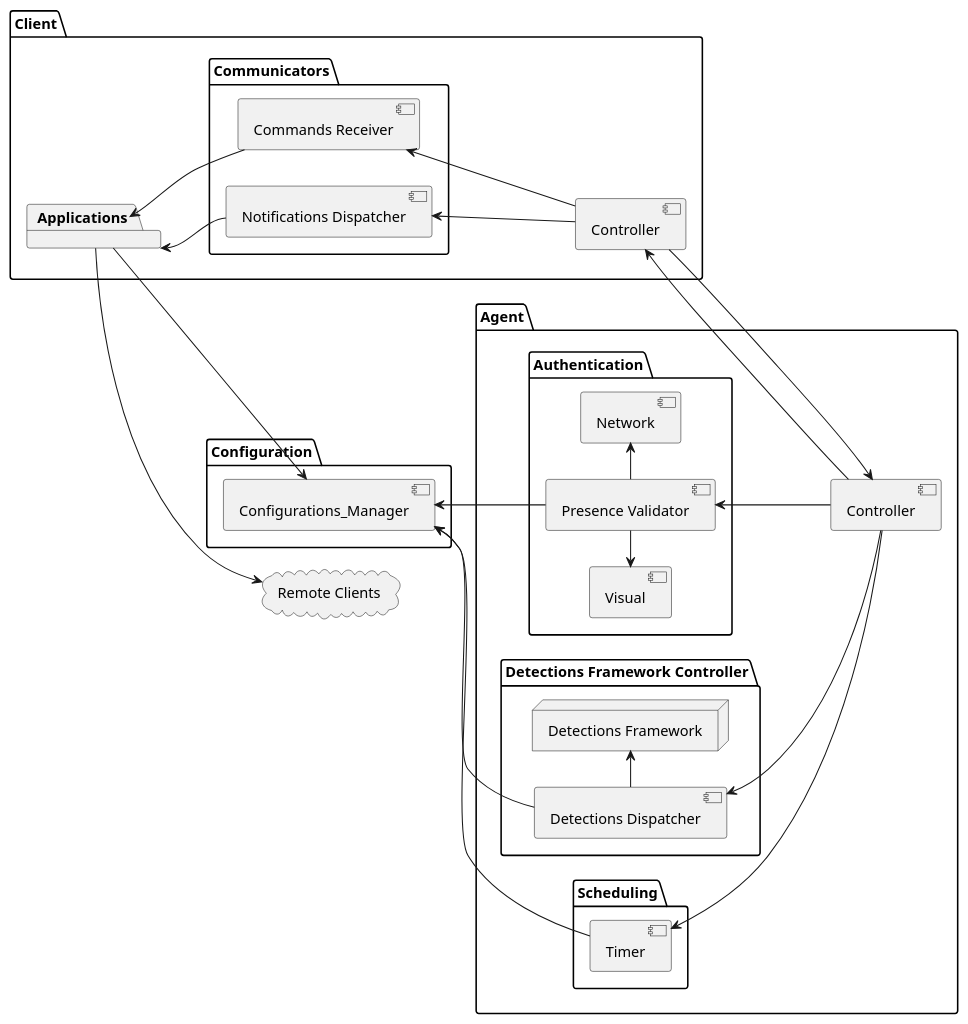
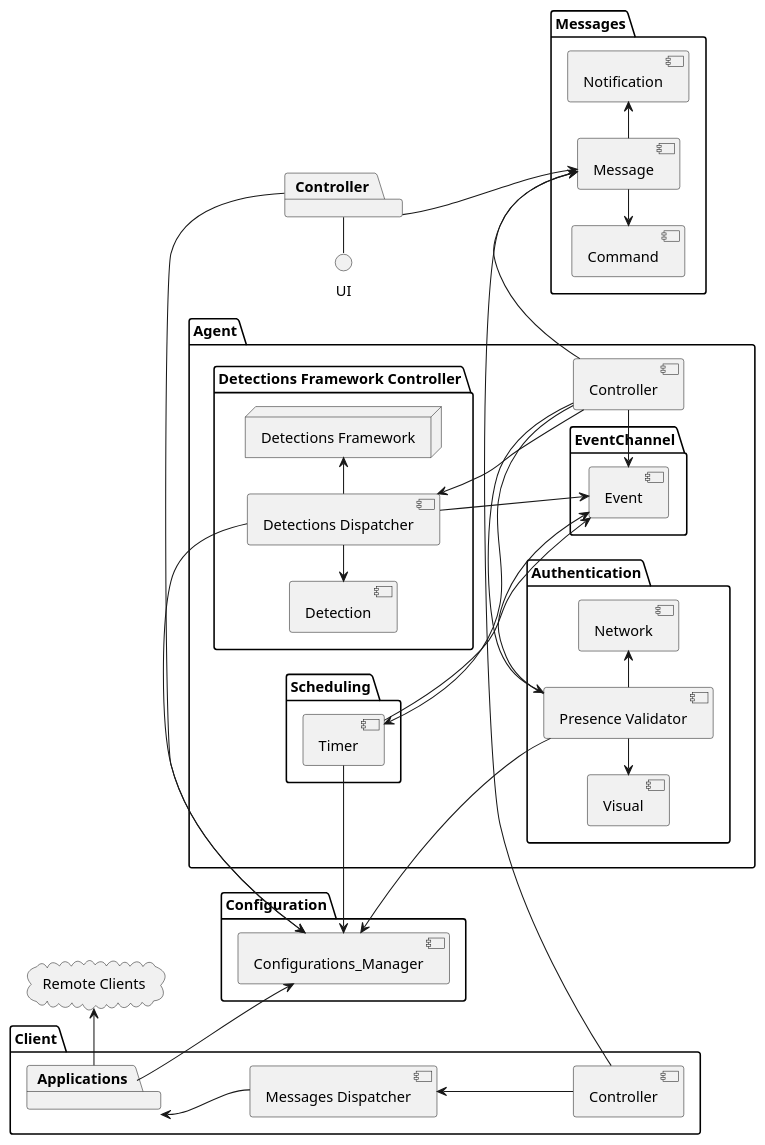
The diagram in docs/components.puml (saratoga8/motion_notifier), drawn with PlantUML before and after one commit. The commit also changed 5 other files, not shown here.

```diff
--- a/docs/components.puml
+++ b/docs/components.puml
@@ -1,61 +1,76 @@
 @startuml
 'https://plantuml.com/component-diagram
 
 left to right direction
 
 package "Agent" {
     [Controller] as Agent_Controller
     package "Authentication" {
       [Presence Validator]
       [Network]
       [Visual]
     }
 
     package "Detections Framework Controller" {
       [Detections Dispatcher] -> "Detections Framework"
+      [Detection] <- [Detections Dispatcher]
+      node "Detections Framework" {
+      }
     }
 
-    node "Detections Framework" {
+
+    package EventChannel {
+      Agent_Controller -> [Event]
+      [Presence Validator] -> [Event]
+      [Detections Dispatcher] -> [Event]
     }
 
     package "Scheduling" {
-      [Timer]
+      [Timer] -> [Event]
+    }
+
+}
+
+package Controller {
+
+}
+
+package "Client" {
+    [Controller] as Client_Controller
+    [Messages Dispatcher] <-- Client_Controller
+
+    package [Applications] {
     }
 }
 
-
-package "Client" {
-    [Controller] as Client_Controller
-    package Communicators {
-        [Notifications Dispatcher]
-        [Commands Receiver]
-    }
-    package Applications {
-    }
+package Messages {
+    [Command] <- [Message]
+    [Message]
+    [Message] -> [Notification]
+    [Controller] -> [Message]
 }
 
 package Configuration {
     [Configurations_Manager]
 }
 
 cloud "Remote Clients" {
 }
 
-[Applications] <-- [Notifications Dispatcher]
-[Applications] <-- [Commands Receiver]
+[Applications] <-- [Messages Dispatcher]
 [Applications] -> [Configurations_Manager]
-[Applications] --> "Remote Clients"
-Client_Controller <- Agent_Controller
-Client_Controller --> Agent_Controller
-[Presence Validator] <-- Agent_Controller
+[Applications] -> "Remote Clients"
+Client_Controller -> [Message]
+[Presence Validator] <- Agent_Controller
+Agent_Controller -> [Message]
 [Configurations_Manager] <-- [Presence Validator]
 [Timer] -> [Configurations_Manager]
 [Detections Dispatcher] <-- Agent_Controller
 [Configurations_Manager] <- [Detections Dispatcher]
 [Timer] <-- Agent_Controller
-Client_Controller -> [Commands Receiver]
-[Notifications Dispatcher] <-- Client_Controller
 [Presence Validator] -> [Network]
 [Visual] <- [Presence Validator]
+[Configurations_Manager] <- [Controller]
+[Controller] - UI
 
 @enduml
```
